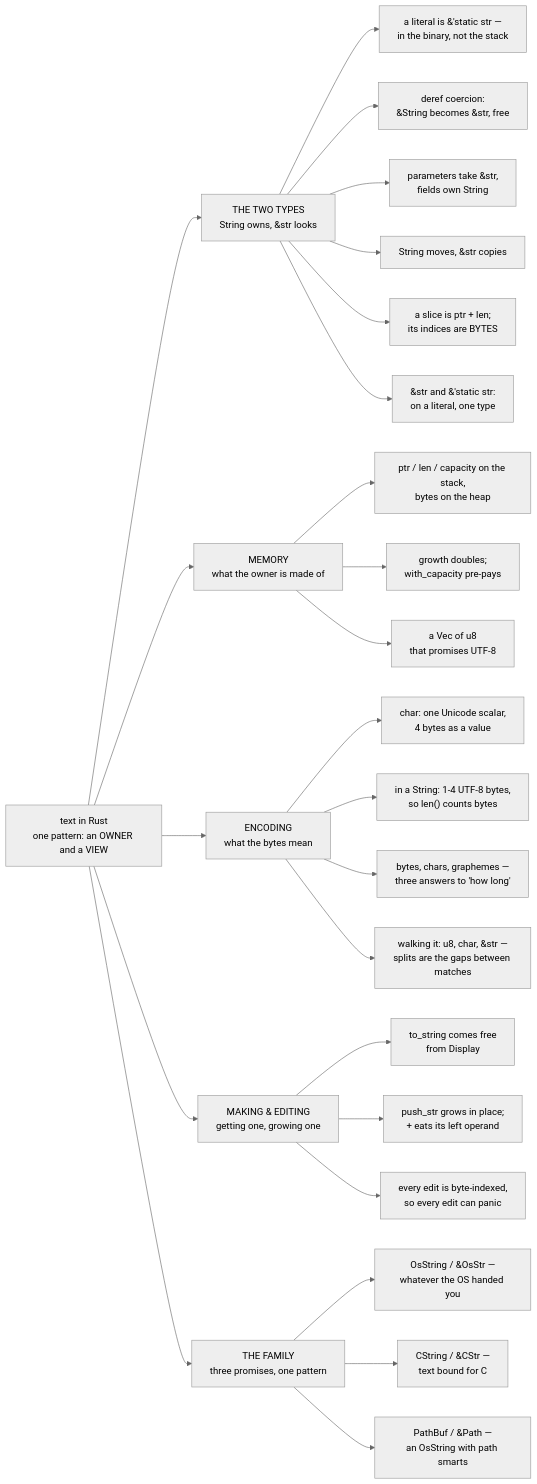
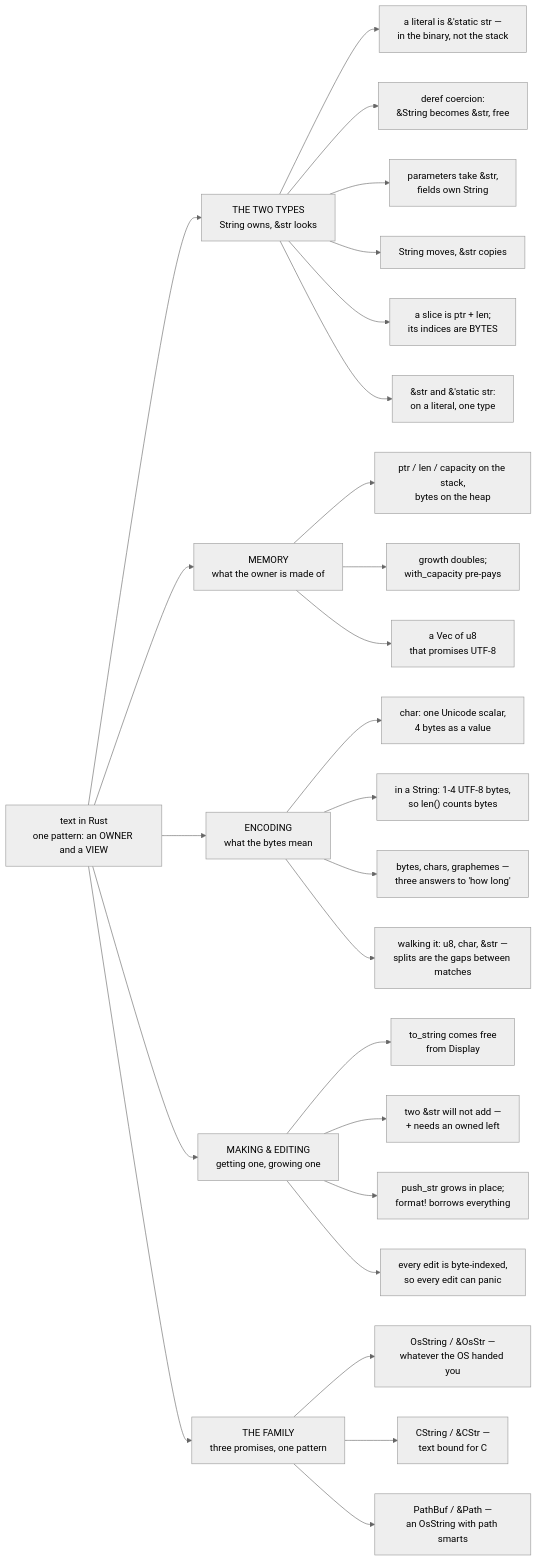
The diagram in STRINGS.md (masiarek/rust-learning-library), drawn with Mermaid (neutral theme) before and after one commit. The commit also changed other lines of this file and 5 other files, not shown here.

````diff
--- a/STRINGS.md
+++ b/STRINGS.md
@@ -15,34 +15,35 @@
 ```mermaid
 flowchart LR
     S["text in Rust<br/>one pattern: an OWNER and a VIEW"]
 
     S --> TY["THE TWO TYPES<br/>String owns, &str looks"]
     S --> MEM["MEMORY<br/>what the owner is made of"]
     S --> ENC["ENCODING<br/>what the bytes mean"]
     S --> USE["MAKING & EDITING<br/>getting one, growing one"]
     S --> FAM["THE FAMILY<br/>three promises, one pattern"]
 
     TY --> T1["a literal is &'static str —<br/>in the binary, not the stack"]
     TY --> T2["deref coercion:<br/>&String becomes &str, free"]
     TY --> T3["parameters take &str,<br/>fields own String"]
     TY --> T4["String moves, &str copies"]
     TY --> T5["a slice is ptr + len;<br/>its indices are BYTES"]
     TY --> T6["&str and &'static str:<br/>on a literal, one type"]
 
     MEM --> M1["ptr / len / capacity on the stack,<br/>bytes on the heap"]
     MEM --> M2["growth doubles;<br/>with_capacity pre-pays"]
     MEM --> M3["a Vec of u8<br/>that promises UTF-8"]
 
     ENC --> E1["char: one Unicode scalar,<br/>4 bytes as a value"]
     ENC --> E2["in a String: 1-4 UTF-8 bytes,<br/>so len() counts bytes"]
     ENC --> E3["bytes, chars, graphemes —<br/>three answers to 'how long'"]
     ENC --> E4["walking it: u8, char, &str —<br/>splits are the gaps between matches"]
 
     USE --> U1["to_string comes free<br/>from Display"]
-    USE --> U2["push_str grows in place;<br/>+ eats its left operand"]
-    USE --> U3["every edit is byte-indexed,<br/>so every edit can panic"]
+    USE --> U2["two &str will not add —<br/>+ needs an owned left"]
+    USE --> U3["push_str grows in place;<br/>format! borrows everything"]
+    USE --> U4["every edit is byte-indexed,<br/>so every edit can panic"]
 
     FAM --> F1["OsString / &OsStr —<br/>whatever the OS handed you"]
     FAM --> F2["CString / &CStr —<br/>text bound for C"]
     FAM --> F3["PathBuf / &Path —<br/>an OsString with path smarts"]
 ```
````
